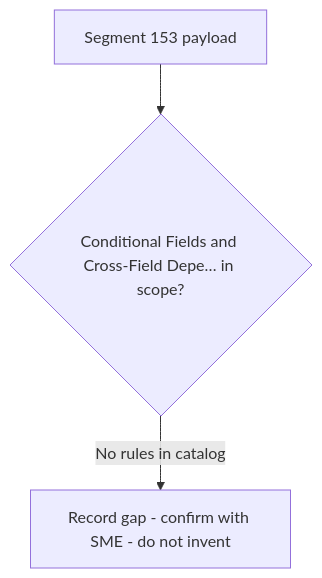
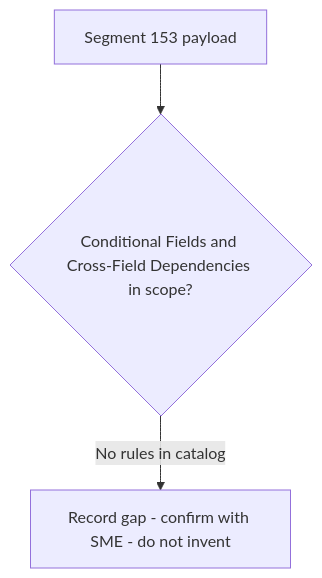
Before and after one commit to DhanSingh-hub/core-auth-ai-validation-framework: the diagram in regression-artifact-validator/specifications/ATL105/docs/specs/kb/segment-153/conditional-dependency-rules-flow.md, drawn with Mermaid. The commit also changed 150 other files, not shown here.

````diff
--- a/regression-artifact-validator/specifications/ATL105/docs/specs/kb/segment-153/conditional-dependency-rules-flow.md
+++ b/regression-artifact-validator/specifications/ATL105/docs/specs/kb/segment-153/conditional-dependency-rules-flow.md
@@ -3,5 +3,5 @@
 ```mermaid
 flowchart TD
-    A[Segment 153 payload] --> B{Conditional Fields and Cross-Field Depe… in scope?}
+    A[Segment 153 payload] --> B{Conditional Fields and Cross-Field Dependencies in scope?}
     B -->|No rules in catalog| G[Record gap - confirm with SME - do not invent]
 ```
````
